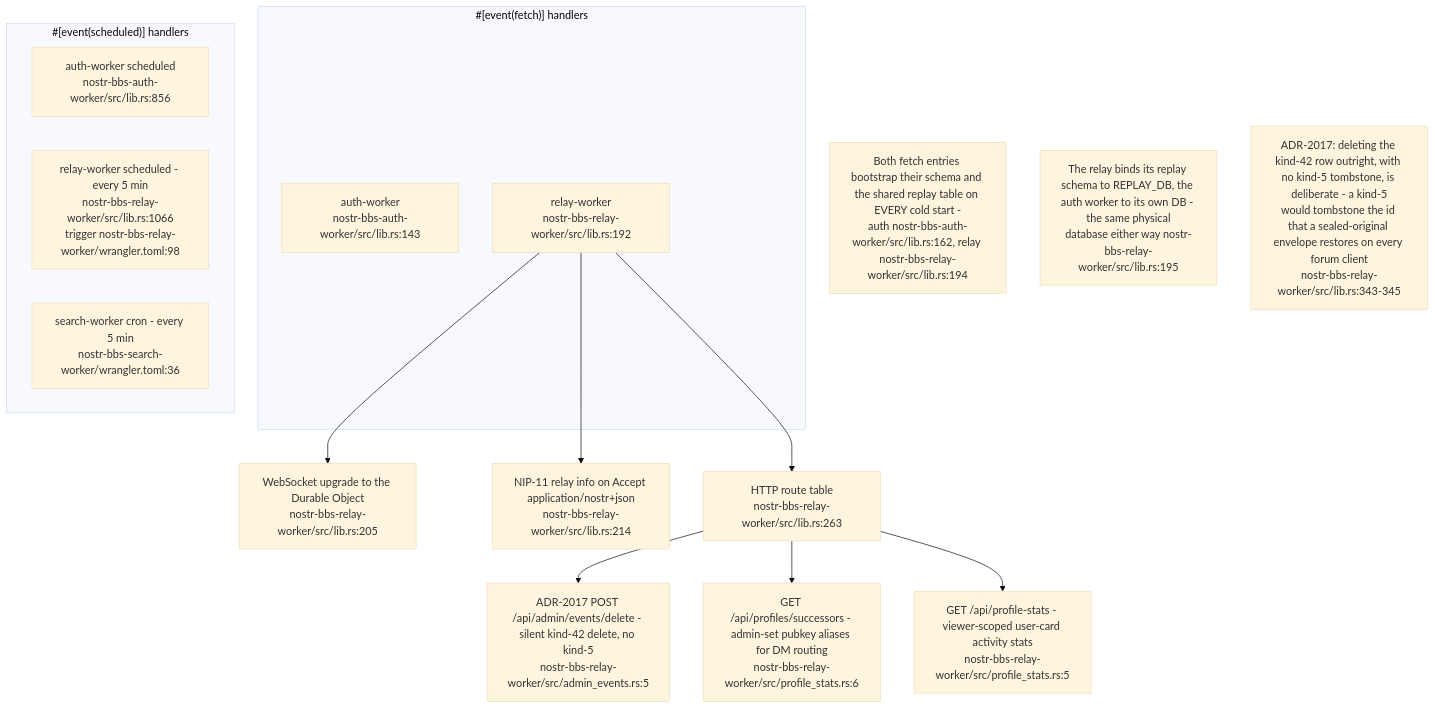
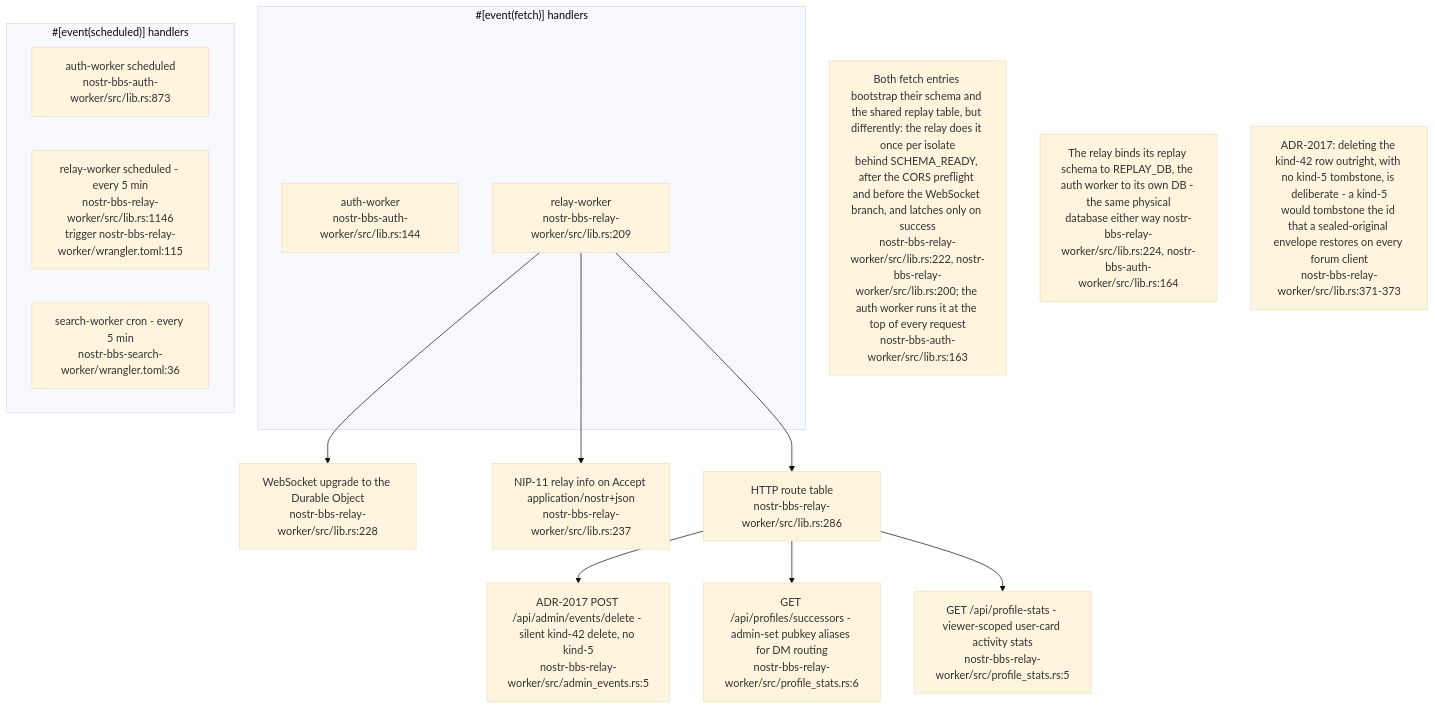
One commit to DreamLab-AI/VisionFlow changed the third of 6 diagrams in docs/diagrams/nostr-rust-forum/01-workspace-and-worker-topology.md. Above: the diagram before and after it, drawn with Mermaid (base theme). The commit also changed other lines of this file and 160 other files, not shown here.

````diff
--- a/docs/diagrams/nostr-rust-forum/01-workspace-and-worker-topology.md
+++ b/docs/diagrams/nostr-rust-forum/01-workspace-and-worker-topology.md
@@ -112,29 +122,29 @@
 ```mermaid
 flowchart TB
     subgraph fetchentry["#[event(fetch)] handlers"]
-        A["auth-worker<br/>nostr-bbs-auth-worker/src/lib.rs:143"]
-        R["relay-worker<br/>nostr-bbs-relay-worker/src/lib.rs:192"]
+        A["auth-worker<br/>nostr-bbs-auth-worker/src/lib.rs:144"]
+        R["relay-worker<br/>nostr-bbs-relay-worker/src/lib.rs:209"]
     end
     subgraph cronentry["#[event(scheduled)] handlers"]
-        AC["auth-worker scheduled<br/>nostr-bbs-auth-worker/src/lib.rs:856"]
-        RC["relay-worker scheduled - every 5 min<br/>nostr-bbs-relay-worker/src/lib.rs:1066<br/>trigger nostr-bbs-relay-worker/wrangler.toml:98"]
+        AC["auth-worker scheduled<br/>nostr-bbs-auth-worker/src/lib.rs:873"]
+        RC["relay-worker scheduled - every 5 min<br/>nostr-bbs-relay-worker/src/lib.rs:1146<br/>trigger nostr-bbs-relay-worker/wrangler.toml:115"]
         SC["search-worker cron - every 5 min<br/>nostr-bbs-search-worker/wrangler.toml:36"]
     end
-    WSUP["WebSocket upgrade to the Durable Object<br/>nostr-bbs-relay-worker/src/lib.rs:205"]
-    NIP11["NIP-11 relay info on Accept application/nostr+json<br/>nostr-bbs-relay-worker/src/lib.rs:214"]
-    HTTPR["HTTP route table<br/>nostr-bbs-relay-worker/src/lib.rs:263"]
+    WSUP["WebSocket upgrade to the Durable Object<br/>nostr-bbs-relay-worker/src/lib.rs:228"]
+    NIP11["NIP-11 relay info on Accept application/nostr+json<br/>nostr-bbs-relay-worker/src/lib.rs:237"]
+    HTTPR["HTTP route table<br/>nostr-bbs-relay-worker/src/lib.rs:286"]
     ADMDEL["ADR-2017 POST /api/admin/events/delete - silent kind-42 delete, no kind-5<br/>nostr-bbs-relay-worker/src/admin_events.rs:5"]
     SUCC["GET /api/profiles/successors - admin-set pubkey aliases for DM routing<br/>nostr-bbs-relay-worker/src/profile_stats.rs:6"]
     PSTATS["GET /api/profile-stats - viewer-scoped user-card activity stats<br/>nostr-bbs-relay-worker/src/profile_stats.rs:5"]
 
     R --> WSUP
     R --> NIP11
     R --> HTTPR
     HTTPR --> ADMDEL
     HTTPR --> SUCC
     HTTPR --> PSTATS
 
-    N1["Both fetch entries bootstrap their schema and the shared replay table on EVERY cold start -<br/>auth nostr-bbs-auth-worker/src/lib.rs:162, relay nostr-bbs-relay-worker/src/lib.rs:194"]
-    N2["The relay binds its replay schema to REPLAY_DB, the auth worker to its own DB - the same physical<br/>database either way nostr-bbs-relay-worker/src/lib.rs:195"]
-    N3["ADR-2017: deleting the kind-42 row outright, with no kind-5 tombstone, is deliberate - a kind-5<br/>would tombstone the id that a sealed-original envelope restores on every forum client<br/>nostr-bbs-relay-worker/src/lib.rs:343-345"]
+    N1["Both fetch entries bootstrap their schema and the shared replay table, but differently: the relay does it once per isolate<br/>behind SCHEMA_READY, after the CORS preflight and before the WebSocket branch, and latches only on success<br/>nostr-bbs-relay-worker/src/lib.rs:222, nostr-bbs-relay-worker/src/lib.rs:200; the auth worker runs it at the top of every request<br/>nostr-bbs-auth-worker/src/lib.rs:163"]
+    N2["The relay binds its replay schema to REPLAY_DB, the auth worker to its own DB - the same physical<br/>database either way nostr-bbs-relay-worker/src/lib.rs:224, nostr-bbs-auth-worker/src/lib.rs:164"]
+    N3["ADR-2017: deleting the kind-42 row outright, with no kind-5 tombstone, is deliberate - a kind-5<br/>would tombstone the id that a sealed-original envelope restores on every forum client<br/>nostr-bbs-relay-worker/src/lib.rs:371-373"]
 ```
````
